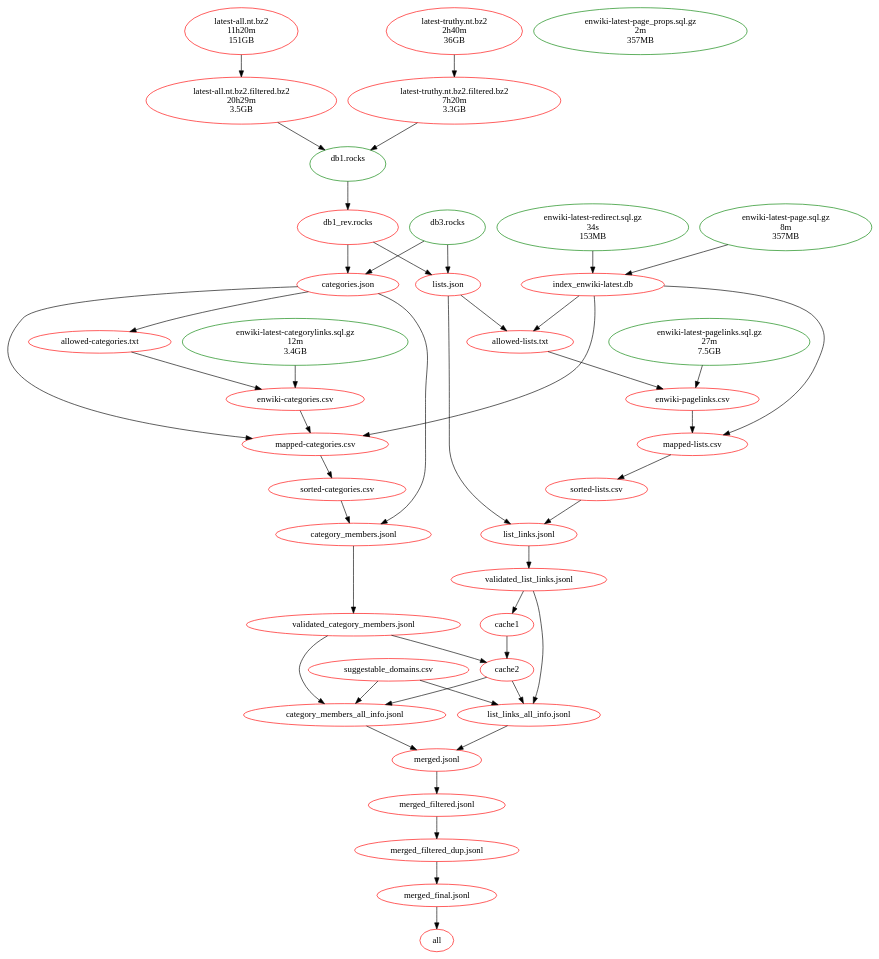
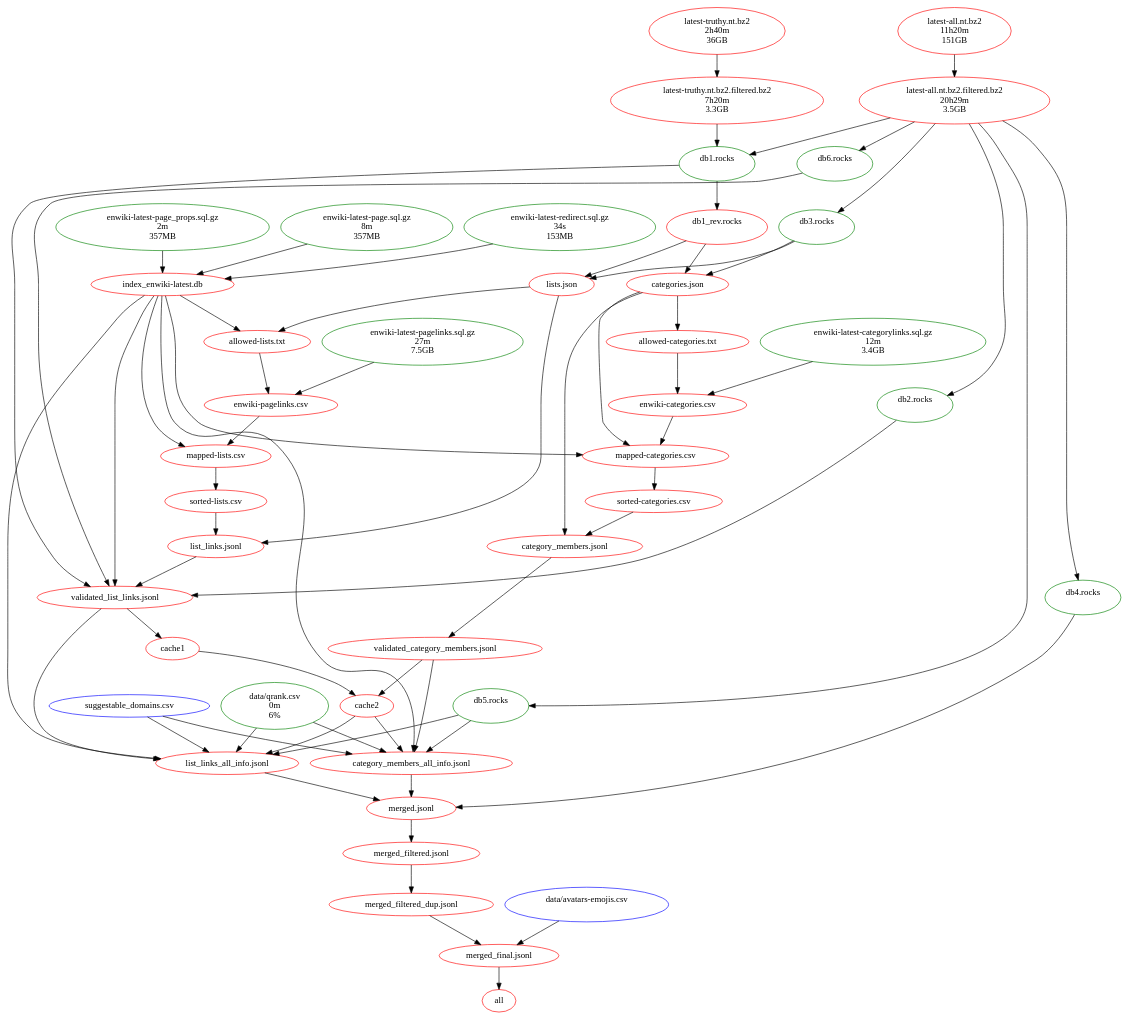
One commit to namehash/namegraph-collections changed the diagram in makefile-doc.dot. Above: the diagram before and after it, drawn with Graphviz.

Commit message:
multiple outputs in comments in Makefile; makefile graph with times

```diff
--- a/makefile-doc.dot
+++ b/makefile-doc.dot
@@ -1,85 +1,109 @@
 digraph G {
 n2[label="all", color="red"];
 n31[label="cache1", color="red"];
 n22[label="cache2", color="red"];
 n29[label="allowed-categories.txt", color="red"];
 n14[label="allowed-lists.txt", color="red"];
 n30[label="categories.json", color="red"];
 n24[label="category_members.jsonl", color="red"];
 n33[label="category_members_all_info.jsonl", color="red"];
 n17[label="db1.rocks\n\n", color="green"];
 n16[label="db1_rev.rocks\n\n", color="red"];
 n19[label="db3.rocks\n\n", color="green"];
 n28[label="enwiki-latest-categorylinks.sql.gz\n12m\n3.4GB", color="green"];
 n13[label="enwiki-latest-pagelinks.sql.gz\n27m\n7.5GB", color="green"];
 n27[label="enwiki-categories.csv", color="red"];
 n21[label="enwiki-latest-redirect.sql.gz\n34s\n153MB", color="green"];
 n12[label="enwiki-pagelinks.csv", color="red"];
 n20[label="index_enwiki-latest.db", color="red"];
 n18[label="latest-all.nt.bz2.filtered.bz2\n20h29m\n3.5GB", color="red"];
 n9[label="list_links.jsonl", color="red"];
 n7[label="list_links_all_info.jsonl", color="red"];
 n15[label="lists.json", color="red"];
 n26[label="mapped-categories.csv", color="red"];
 n11[label="mapped-lists.csv", color="red"];
 n6[label="merged.jsonl", color="red"];
 n5[label="merged_filtered.jsonl", color="red"];
 n4[label="merged_filtered_dup.jsonl", color="red"];
 n3[label="merged_final.jsonl", color="red"];
 n25[label="sorted-categories.csv", color="red"];
 n10[label="sorted-lists.csv", color="red"];
-n32[label="suggestable_domains.csv", color="red"];
+n32[label="suggestable_domains.csv", color="blue"];
 n23[label="validated_category_members.jsonl", color="red"];
 n8[label="validated_list_links.jsonl", color="red"];
 n34[label="latest-truthy.nt.bz2\n2h40m\n36GB", color="red"];
 n35[label="latest-truthy.nt.bz2.filtered.bz2\n7h20m\n3.3GB", color="red"];
 n36[label="latest-all.nt.bz2\n11h20m\n151GB", color="red"];
 n37[label="enwiki-latest-page_props.sql.gz\n2m\n357MB", color="green"];
 n38[label="enwiki-latest-page.sql.gz\n8m\n357MB", color="green"];
+n39[label="data/qrank.csv\n0m\n6%", color="green"];
+n40[label="db2.rocks\n\n", color="green"];
+n41[label="db4.rocks\n\n", color="green"];
+n42[label="db5.rocks\n\n", color="green"];
+n43[label="db6.rocks\n\n", color="green"];
+n44[label="data/avatars-emojis.csv\n\n", color="blue"];
 n3 -> n2 ; 
 n8 -> n31 ; 
 n31 -> n22 ; 
 n23 -> n22 ; 
 n30 -> n29 ; 
 n20 -> n14 ; 
 n15 -> n14 ; 
 n16 -> n30 ; 
 n19 -> n30 ; 
 n30 -> n24 ; 
 n25 -> n24 ; 
 n22 -> n33 ; 
 n32 -> n33 ; 
 n23 -> n33 ; 
 n18 -> n17 ; 
 n17 -> n16 ; 
 n29 -> n27 ; 
 n28 -> n27 ; 
 n14 -> n12 ; 
 n13 -> n12 ; 
 n21 -> n20 ; 
 n15 -> n9 ; 
 n10 -> n9 ; 
 n22 -> n7 ; 
 n32 -> n7 ; 
 n8 -> n7 ; 
 n16 -> n15 ; 
 n19 -> n15 ; 
 n30 -> n26 ; 
 n27 -> n26 ; 
 n20 -> n26 ; 
 n12 -> n11 ; 
 n20 -> n11 ; 
 n33 -> n6 ; 
 n7 -> n6 ; 
 n6 -> n5 ; 
 n5 -> n4 ; 
 n4 -> n3 ; 
 n26 -> n25 ; 
 n11 -> n10 ; 
 n24 -> n23 ; 
 n9 -> n8 ; 
 n34 -> n35;
 n35 -> n17;
 n36 -> n18;
 n38 -> n20;
+n17 -> n8 ; 
+n40 -> n8 ; 
+n43 -> n8 ; 
+n20 -> n8 ; 
+n42 -> n33 ; 
+n42 -> n7 ; 
+n20 -> n33 ; 
+n20 -> n7 ; 
+n41 -> n6 ;
+n44 -> n3 ;
+n39 -> n33 ;
+n39 -> n7 ;
+n37 -> n20 ;
+n18 -> n19 ;
+n18 -> n40 ;
+n18 -> n41 ;
+n18 -> n42 ;
+n18 -> n43 ;
 }
```
